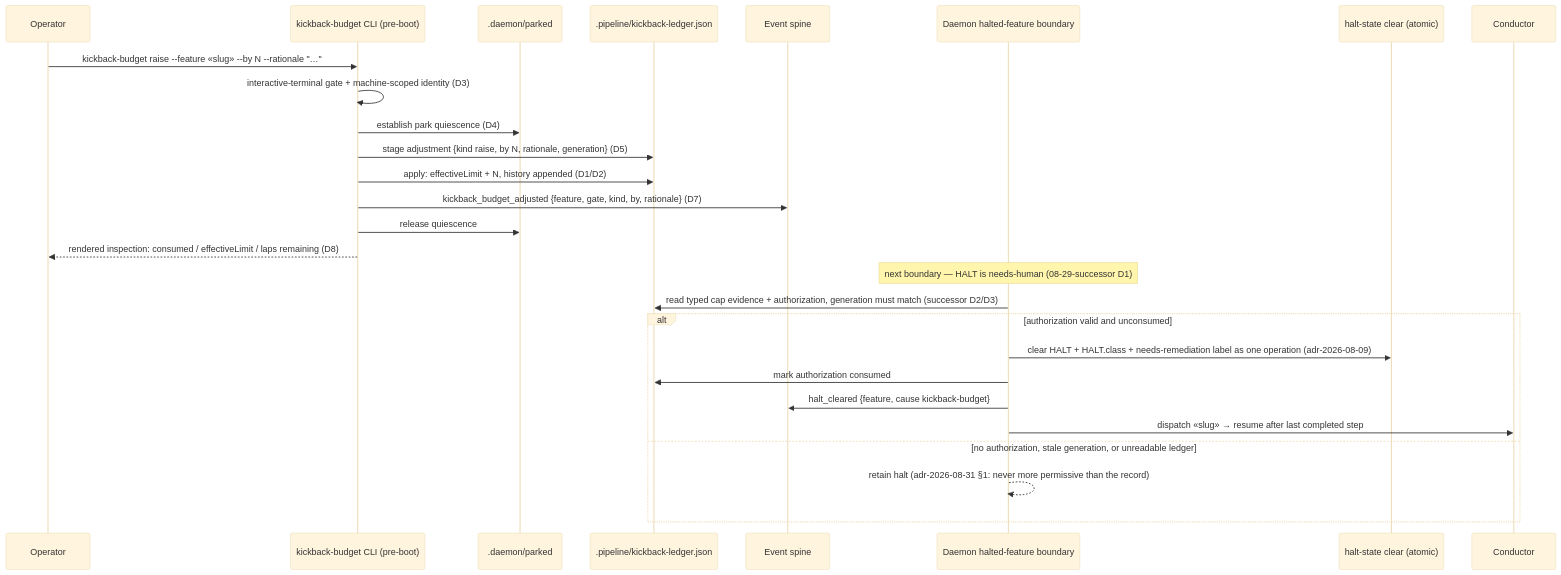
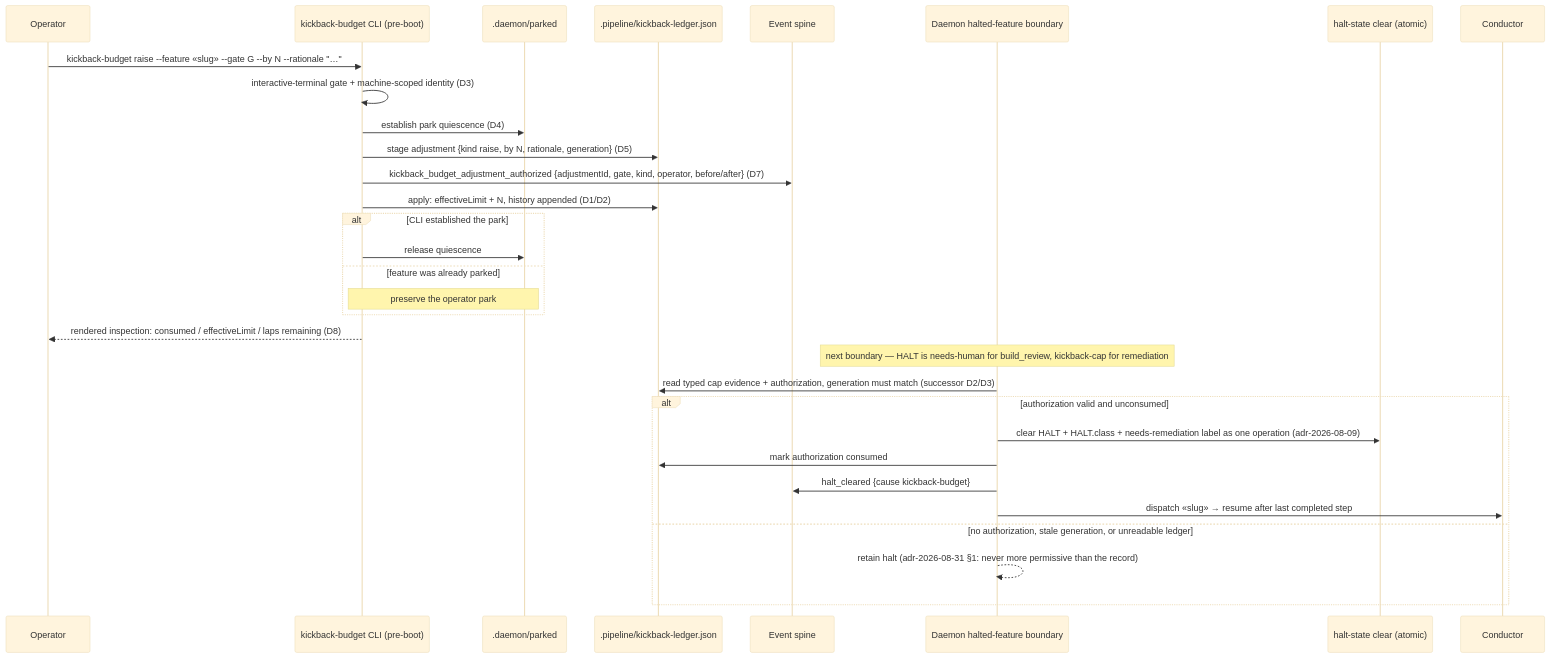
One commit to jstoup111/ai-conductor changed the second of 2 diagrams in .docs/architecture/sequences/a-halted-feature-only-re-runs-when-a-human-clears-.md. Above: the diagram before and after it, drawn with Mermaid (base theme). The commit also changed 4 other files, not shown here.

First line of the commit message:
fix(kickback): fail closed budget recovery

````diff
--- a/.docs/architecture/sequences/a-halted-feature-only-re-runs-when-a-human-clears-.md
+++ b/.docs/architecture/sequences/a-halted-feature-only-re-runs-when-a-human-clears-.md
@@ -35,30 +35,34 @@
 ```mermaid
 sequenceDiagram
   participant O as Operator
   participant K as kickback-budget CLI (pre-boot)
   participant P as .daemon/parked
   participant LG as .pipeline/kickback-ledger.json
   participant S as Event spine
   participant D as Daemon halted-feature boundary
   participant H as halt-state clear (atomic)
   participant C as Conductor
 
-  O->>K: kickback-budget raise --feature «slug» --by N --rationale "…"
+  O->>K: kickback-budget raise --feature «slug» --gate G --by N --rationale "…"
   K->>K: interactive-terminal gate + machine-scoped identity (D3)
   K->>P: establish park quiescence (D4)
   K->>LG: stage adjustment {kind raise, by N, rationale, generation} (D5)
+  K->>S: kickback_budget_adjustment_authorized {adjustmentId, gate, kind, operator, before/after} (D7)
   K->>LG: apply: effectiveLimit + N, history appended (D1/D2)
-  K->>S: kickback_budget_adjusted {feature, gate, kind, by, rationale} (D7)
-  K->>P: release quiescence
+  alt CLI established the park
+    K->>P: release quiescence
+  else feature was already parked
+    Note over K,P: preserve the operator park
+  end
   K-->>O: rendered inspection: consumed / effectiveLimit / laps remaining (D8)
-  Note over D: next boundary — HALT is needs-human (08-29-successor D1)
+  Note over D: next boundary — HALT is needs-human for build_review, kickback-cap for remediation
   D->>LG: read typed cap evidence + authorization, generation must match (successor D2/D3)
   alt authorization valid and unconsumed
     D->>H: clear HALT + HALT.class + needs-remediation label as one operation (adr-2026-08-09)
     D->>LG: mark authorization consumed
-    D->>S: halt_cleared {feature, cause kickback-budget}
+    D->>S: halt_cleared {cause kickback-budget}
     D->>C: dispatch «slug» → resume after last completed step
   else no authorization, stale generation, or unreadable ledger
     D-->>D: retain halt (adr-2026-08-31 §1: never more permissive than the record)
   end
 ```
````
